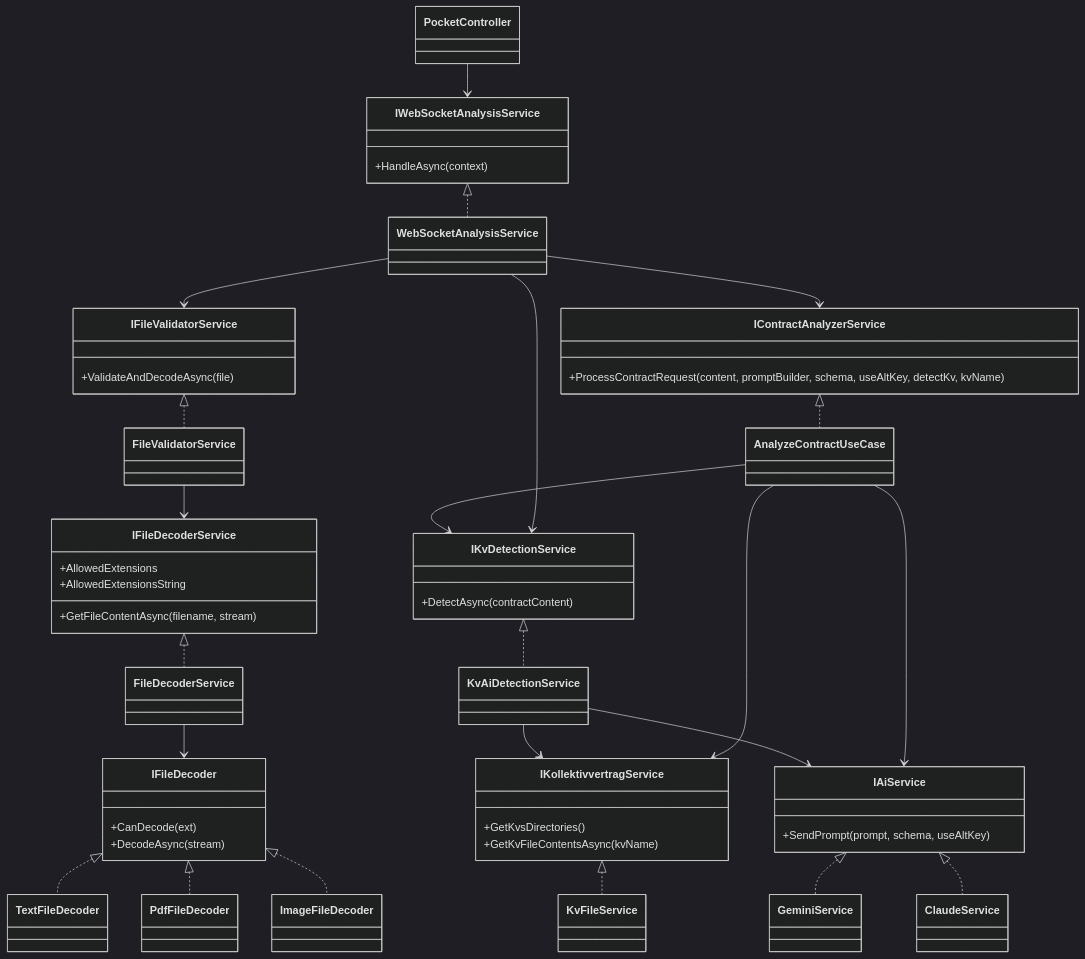
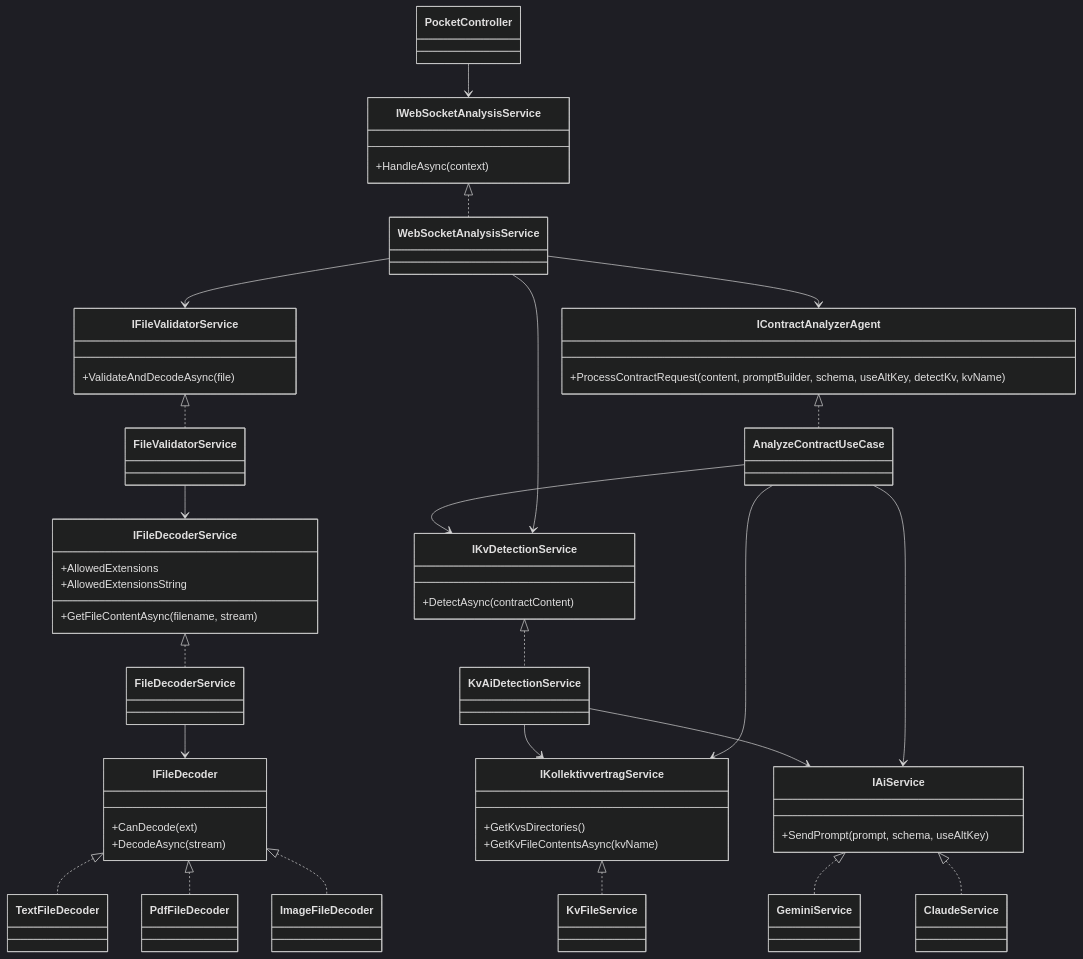
The eighth of 8 diagrams in docs/Diagrams/diagrams.md (sebastian-305/PocketLawyer), drawn with Mermaid (dark theme) before and after one commit. The commit also changed other lines of this file and 3 other files, not shown here.

````diff
--- a/docs/Diagrams/diagrams.md
+++ b/docs/Diagrams/diagrams.md
@@ -444,73 +444,73 @@
 ```mermaid
 classDiagram
     class IAiService {
         +SendPrompt(prompt, schema, useAltKey)
     }
     class GeminiService
     class ClaudeService
     IAiService <|.. GeminiService
     IAiService <|.. ClaudeService
 
     class IFileDecoder {
         +CanDecode(ext)
         +DecodeAsync(stream)
     }
     class TextFileDecoder
     class PdfFileDecoder
     class ImageFileDecoder
     IFileDecoder <|.. TextFileDecoder
     IFileDecoder <|.. PdfFileDecoder
     IFileDecoder <|.. ImageFileDecoder
 
     class IFileDecoderService {
         +AllowedExtensions
         +AllowedExtensionsString
         +GetFileContentAsync(filename, stream)
     }
     class FileDecoderService
     IFileDecoderService <|.. FileDecoderService
     FileDecoderService --> IFileDecoder
 
     class IFileValidatorService {
         +ValidateAndDecodeAsync(file)
     }
     class FileValidatorService
     IFileValidatorService <|.. FileValidatorService
     FileValidatorService --> IFileDecoderService
 
     class IKvDetectionService {
         +DetectAsync(contractContent)
     }
     class KvAiDetectionService
     IKvDetectionService <|.. KvAiDetectionService
     KvAiDetectionService --> IKollektivvertragService
     KvAiDetectionService --> IAiService
 
     class IKollektivvertragService {
         +GetKvsDirectories()
         +GetKvFileContentsAsync(kvName)
     }
     class KvFileService
     IKollektivvertragService <|.. KvFileService
 
-    class IContractAnalyzerService {
+    class IContractAnalyzerAgent {
         +ProcessContractRequest(content, promptBuilder, schema, useAltKey, detectKv, kvName)
     }
     class AnalyzeContractUseCase
-    IContractAnalyzerService <|.. AnalyzeContractUseCase
+    IContractAnalyzerAgent <|.. AnalyzeContractUseCase
     AnalyzeContractUseCase --> IAiService
     AnalyzeContractUseCase --> IKvDetectionService
     AnalyzeContractUseCase --> IKollektivvertragService
 
     class IWebSocketAnalysisService {
         +HandleAsync(context)
     }
     class WebSocketAnalysisService
     IWebSocketAnalysisService <|.. WebSocketAnalysisService
     WebSocketAnalysisService --> IFileValidatorService
     WebSocketAnalysisService --> IKvDetectionService
-    WebSocketAnalysisService --> IContractAnalyzerService
+    WebSocketAnalysisService --> IContractAnalyzerAgent
 
     class PocketController
     PocketController --> IWebSocketAnalysisService
 ```
````
